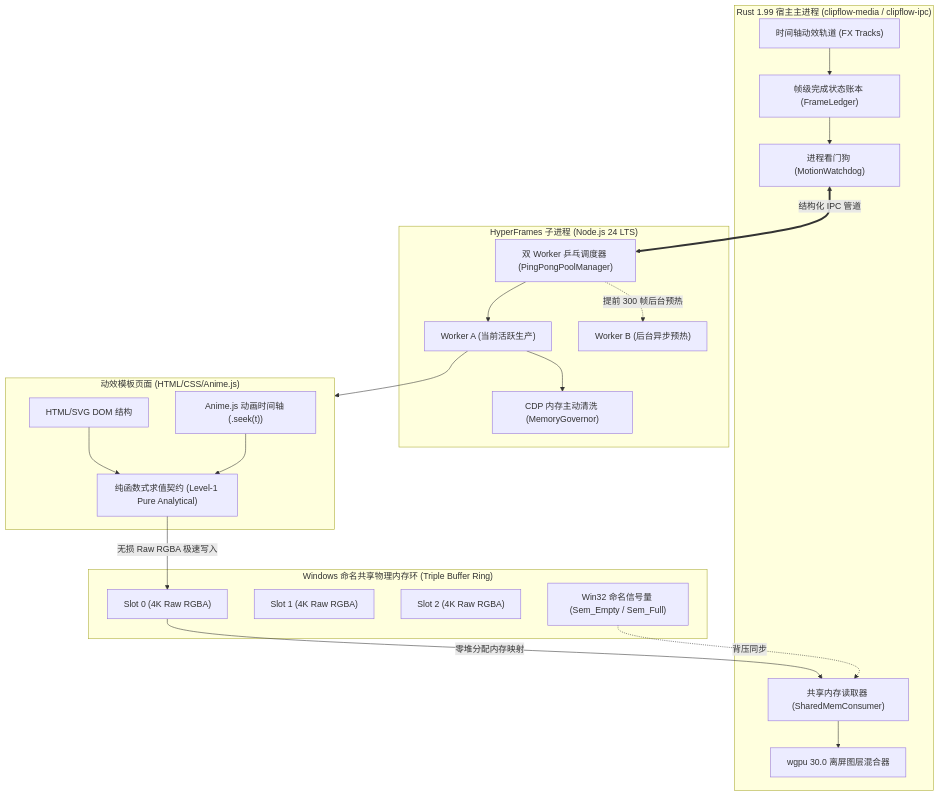
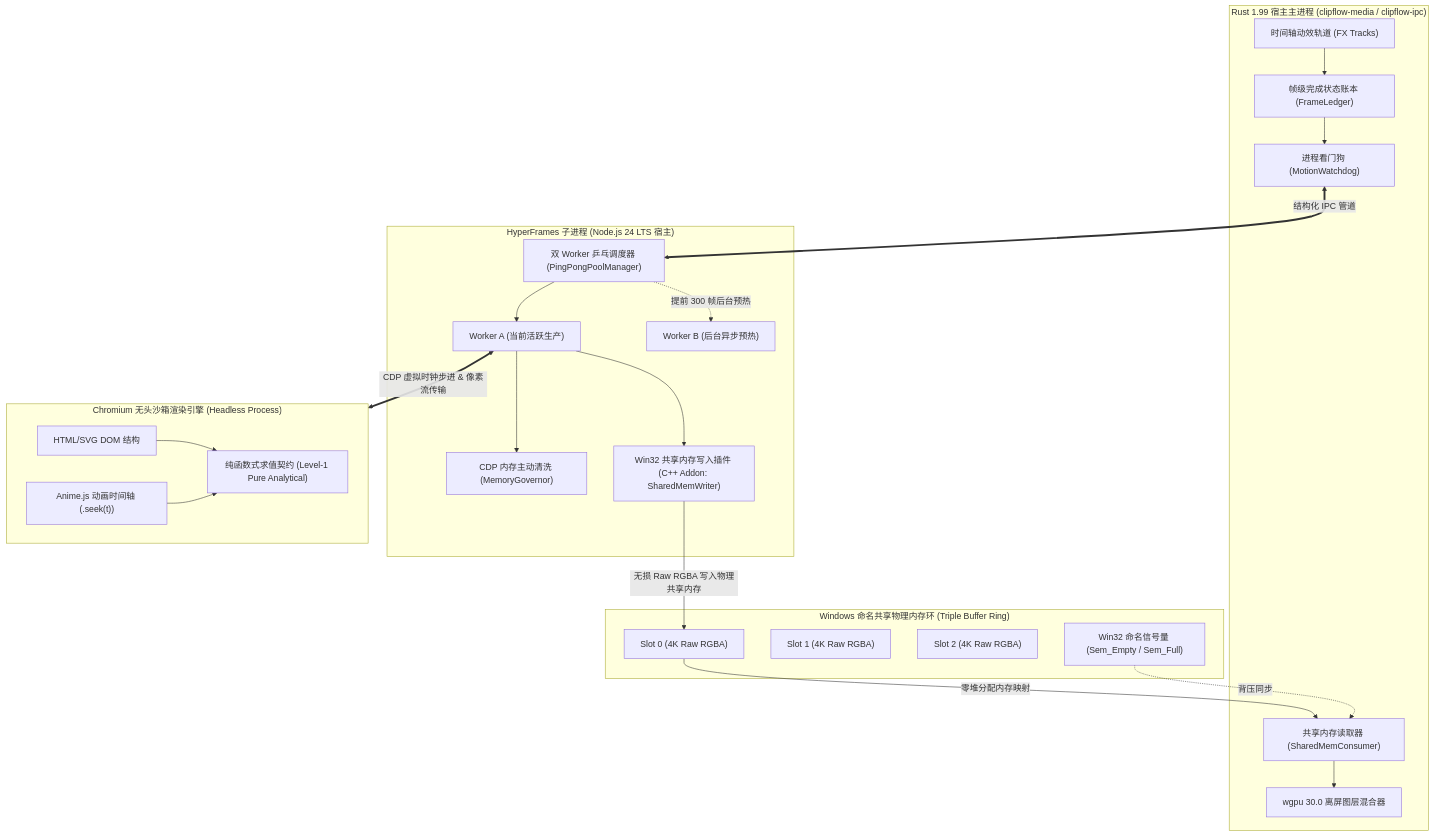
Before and after one commit to qiuku2022/ClipFlow: the first of 2 diagrams in docs/hyperframes-spec.md, drawn with Mermaid. The commit also changed other lines of this file and 10 other files, not shown here.

First line of the commit message:
docs: 规范化全量开发文档并对齐路线图里程碑

````diff
--- a/docs/hyperframes-spec.md
+++ b/docs/hyperframes-spec.md
@@ -14,44 +14,46 @@
 ```mermaid
 flowchart TD
     subgraph Rust_Host ["Rust 1.99 宿主主进程 (clipflow-media / clipflow-ipc)"]
         TimelineCore["时间轴动效轨道 (FX Tracks)"]
         FrameLedger["帧级完成状态账本 (FrameLedger)"]
         SharedMemConsumer["共享内存读取器 (SharedMemConsumer)"]
         WgpuCompositor["wgpu 30.0 离屏图层混合器"]
         Watchdog["进程看门狗 (MotionWatchdog)"]
 
         TimelineCore --> FrameLedger --> Watchdog
         SharedMemConsumer --> WgpuCompositor
     end
 
     subgraph OS_Shared_Memory ["Windows 命名共享物理内存环 (Triple Buffer Ring)"]
         Slot0["Slot 0 (4K Raw RGBA)"]
         Slot1["Slot 1 (4K Raw RGBA)"]
         Slot2["Slot 2 (4K Raw RGBA)"]
         Semaphores["Win32 命名信号量 (Sem_Empty / Sem_Full)"]
     end
 
-    subgraph Node_Worker ["HyperFrames 子进程 (Node.js 24 LTS)"]
+    subgraph Node_Worker ["HyperFrames 子进程 (Node.js 24 LTS 宿主)"]
         PoolManager["双 Worker 乒乓调度器 (PingPongPoolManager)"]
         WorkerA["Worker A (当前活跃生产)"]
         WorkerB["Worker B (后台异步预热)"]
         MemoryGov["CDP 内存主动清洗 (MemoryGovernor)"]
+        NativeWriter["Win32 共享内存写入插件 (C++ Addon: SharedMemWriter)"]
         
         PoolManager --> WorkerA
         PoolManager -.->|提前 300 帧后台预热| WorkerB
         WorkerA --> MemoryGov
+        WorkerA --> NativeWriter
     end
 
-    subgraph Web_Template ["动效模板页面 (HTML/CSS/Anime.js)"]
+    subgraph Chromium_Sandbox ["Chromium 无头沙箱渲染引擎 (Headless Process)"]
         DOM["HTML/SVG DOM 结构"]
         Anime_Timeline["Anime.js 动画时间轴 (.seek(t))"]
         PureContract["纯函数式求值契约 (Level-1 Pure Analytical)"]
         DOM & Anime_Timeline --> PureContract
     end
 
     Watchdog <==>|结构化 IPC 管道| PoolManager
-    WorkerA --> Web_Template
-    PureContract -->|无损 Raw RGBA 极速写入| Slot0
+    WorkerA <==>|CDP 虚拟时钟步进 & 像素流传输| Chromium_Sandbox
+    NativeWriter -->|无损 Raw RGBA 写入物理共享内存| Slot0
     Slot0 -->|零堆分配内存映射| SharedMemConsumer
     Semaphores -.->|背压同步| SharedMemConsumer
 ```
````
